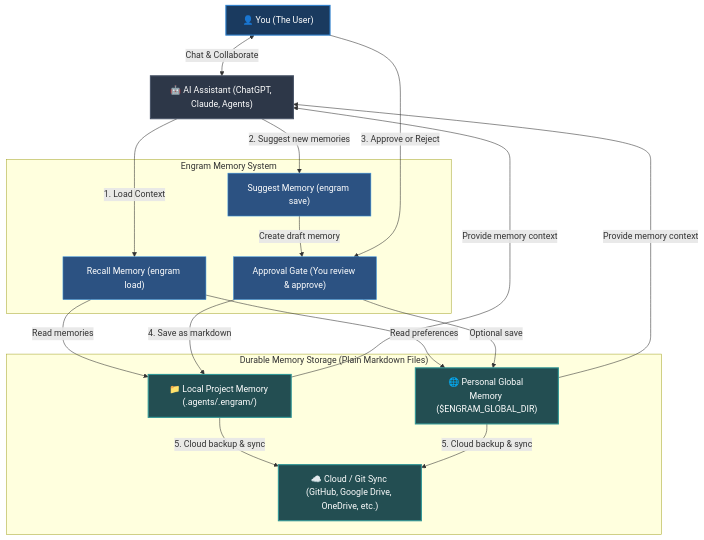
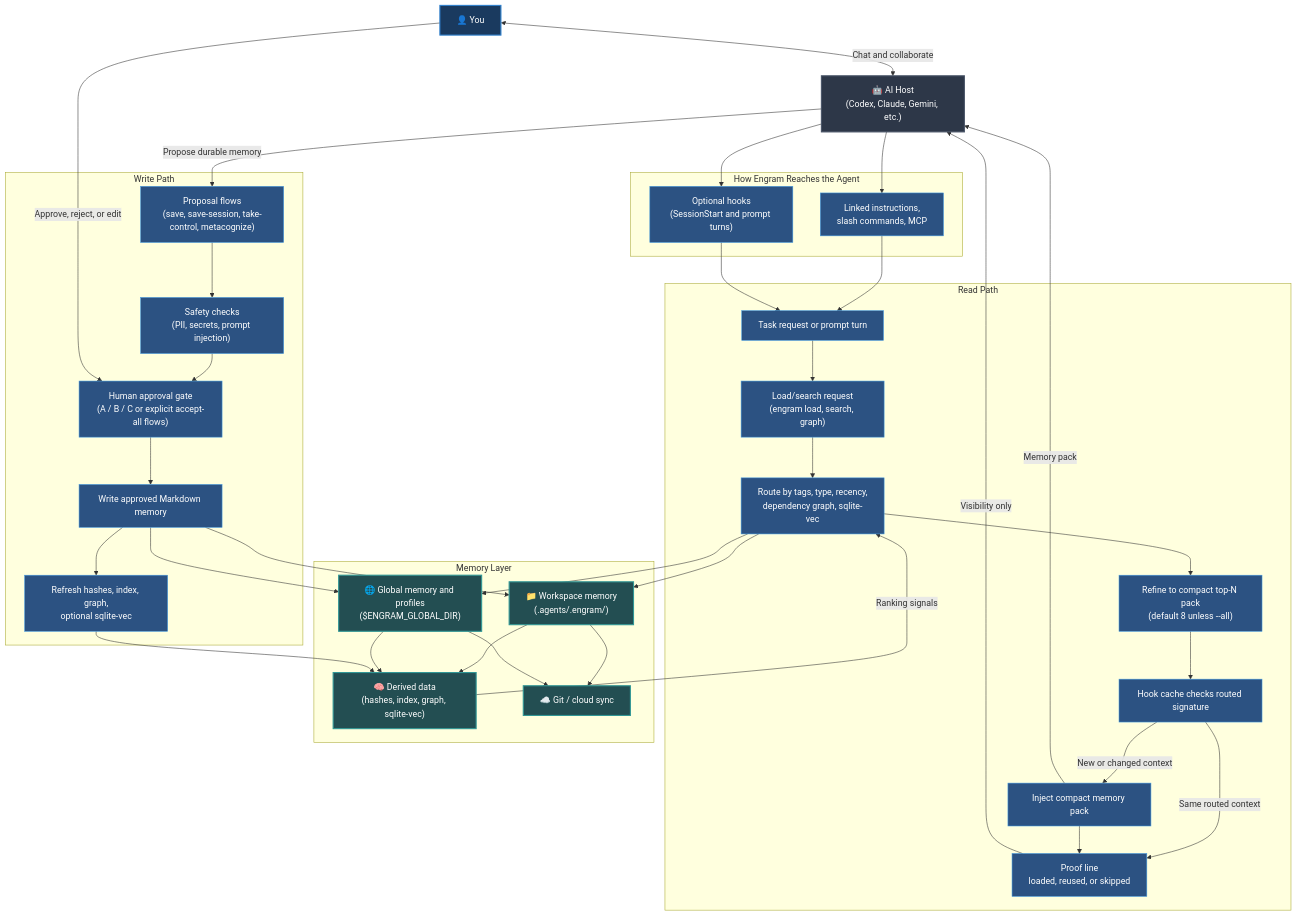
One commit to the-long-ride/engram changed the diagram in README.md. Above: the diagram before and after it, drawn with Mermaid. The commit also changed other lines of this file and 19 other files, not shown here.

Commit message:
docs: refresh proof and architecture docs

````diff
--- a/README.md
+++ b/README.md
@@ -27,39 +27,71 @@
 ```mermaid
 graph TD
-    %% Styling
-    classDef default fill:#111,stroke:#333,stroke-width:1px,color:#fff;
     classDef human fill:#1a3a5f,stroke:#3182ce,stroke-width:2px,color:#fff;
     classDef agent fill:#2d3748,stroke:#4a5568,stroke-width:2px,color:#fff;
     classDef storage fill:#234e52,stroke:#319795,stroke-width:2px,color:#fff;
     classDef action fill:#2c5282,stroke:#4299e1,stroke-width:1px,color:#fff;
 
-    User["👤 You (The User)"]:::human
-    AI["🤖 AI Assistant (ChatGPT, Claude, Agents)"]:::agent
+    User["👤 You"]:::human
+    AI["🤖 AI Host\n(Codex, Claude, Gemini, etc.)"]:::agent
 
-    subgraph Engram ["Engram Memory System"]
-        Load["Recall Memory (engram load)"]:::action
-        Propose["Suggest Memory (engram save)"]:::action
-        Review["Approval Gate (You review & approve)"]:::action
+    subgraph Entry ["How Engram Reaches the Agent"]
+        Links["Linked instructions,\nslash commands, MCP"]:::action
+        Hooks["Optional hooks\n(SessionStart and prompt turns)"]:::action
     end
 
-    subgraph Storage ["Durable Memory Storage (Plain Markdown Files)"]
-        LocalStore["📁 Local Project Memory (.agents/.engram/)"]:::storage
-        GlobalStore["🌐 Personal Global Memory ($ENGRAM_GLOBAL_DIR)"]:::storage
-        SyncStore["☁️ Cloud / Git Sync (GitHub, Google Drive, OneDrive, etc.)"]:::storage
+    subgraph Read ["Read Path"]
+        Trigger["Task request or prompt turn"]:::action
+        Load["Load/search request\n(engram load, search, graph)"]:::action
+        Route["Route by tags, type, recency,\ndependency graph, sqlite-vec"]:::action
+        Refine["Refine to compact top-N pack\n(default 8 unless --all)"]:::action
+        Cache["Hook cache checks routed signature"]:::action
+        Inject["Inject compact memory pack"]:::action
+        Proof["Proof line\nloaded, reused, or skipped"]:::action
     end
 
-    %% Interactions
-    User <-->|Chat & Collaborate| AI
-    AI -->|1. Load Context| Load
-    Load -->|Read memories| LocalStore
-    Load -->|Read preferences| GlobalStore
-    LocalStore & GlobalStore -->|Provide memory context| AI
+    subgraph Write ["Write Path"]
+        Proposal["Proposal flows\n(save, save-session, take-control, metacognize)"]:::action
+        Scan["Safety checks\n(PII, secrets, prompt injection)"]:::action
+        Review["Human approval gate\n(A / B / C or explicit accept-all flows)"]:::action
+        Persist["Write approved Markdown memory"]:::action
+        Rebuild["Refresh hashes, index, graph,\noptional sqlite-vec"]:::action
+    end
 
-    AI -->|2. Suggest new memories| Propose
-    Propose -->|Create draft memory| Review
-    User -->|3. Approve or Reject| Review
-    Review -->|4. Save as markdown| LocalStore
-    Review -->|Optional save| GlobalStore
-    LocalStore -->|5. Cloud backup & sync| SyncStore
-    GlobalStore -->|5. Cloud backup & sync| SyncStore
+    subgraph Memory ["Memory Layer"]
+        Workspace["📁 Workspace memory\n(.agents/.engram/)"]:::storage
+        Global["🌐 Global memory and profiles\n($ENGRAM_GLOBAL_DIR)"]:::storage
+        Derived["🧠 Derived data\n(hashes, index, graph, sqlite-vec)"]:::storage
+        Sync["☁️ Git / cloud sync"]:::storage
+    end
+
+    User <-->|Chat and collaborate| AI
+    AI --> Links
+    AI --> Hooks
+    Links --> Trigger
+    Hooks --> Trigger
+    Trigger --> Load
+    Load --> Route
+    Route --> Workspace
+    Route --> Global
+    Workspace --> Derived
+    Global --> Derived
+    Derived -->|Ranking signals| Route
+    Route --> Refine
+    Refine --> Cache
+    Cache -->|New or changed context| Inject
+    Cache -->|Same routed context| Proof
+    Inject -->|Memory pack| AI
+    Inject --> Proof
+    Proof -->|Visibility only| AI
+    AI -->|Propose durable memory| Proposal
+    Proposal --> Scan
+    Scan --> Review
+    User -->|Approve, reject, or edit| Review
+    Review --> Persist
+    Persist --> Workspace
+    Persist --> Global
+    Persist --> Rebuild
+    Rebuild --> Derived
+    Workspace --> Sync
+    Global --> Sync
 ```
````
